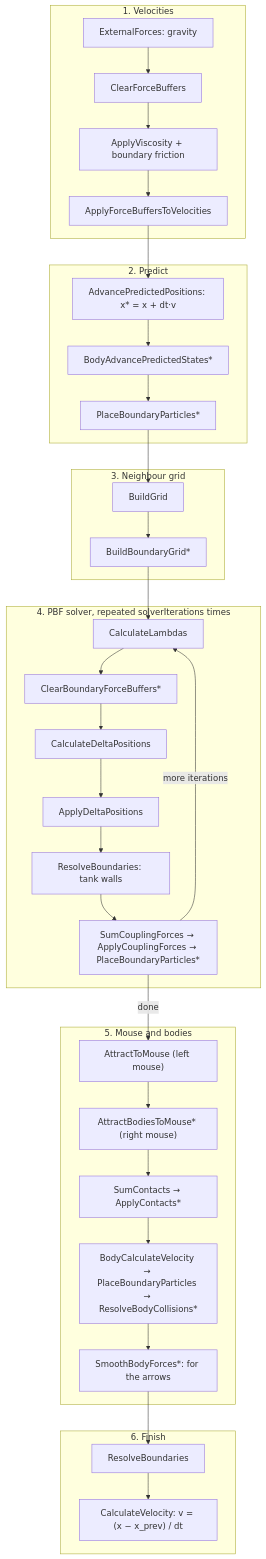
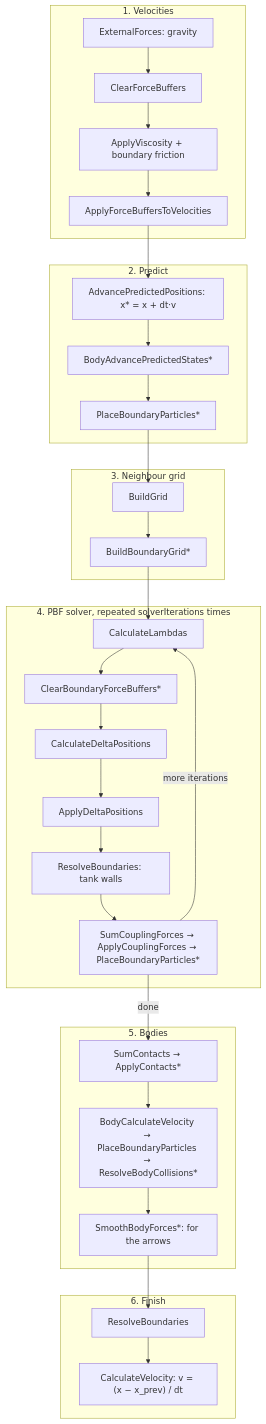
One commit to Wania8462/Physics-fluid-practicals-simulation changed the second of 4 diagrams in docs/ARCHITECTURE.md. Above: the diagram before and after it, drawn with Mermaid. The commit also changed other lines of this file and 13 other files, not shown here.

Commit message:
Added moving the bodies with the mouse

````diff
--- a/docs/ARCHITECTURE.md
+++ b/docs/ARCHITECTURE.md
@@ -63,43 +63,41 @@
 ```mermaid
 flowchart TD
     subgraph V["1. Velocities"]
         EF["ExternalForces: gravity"] --> CFB["ClearForceBuffers"]
         CFB --> AV["ApplyViscosity + boundary friction"]
         AV --> AFB["ApplyForceBuffersToVelocities"]
     end
 
     subgraph PR["2. Predict"]
         APP["AdvancePredictedPositions: x* = x + dt·v"] --> BAP["BodyAdvancePredictedStates*"]
         BAP --> PBP1["PlaceBoundaryParticles*"]
     end
 
     subgraph G["3. Neighbour grid"]
         BG["BuildGrid"] --> BBG["BuildBoundaryGrid*"]
     end
 
     subgraph SOL["4. PBF solver, repeated solverIterations times"]
         CL["CalculateLambdas"] --> CBF["ClearBoundaryForceBuffers*"]
         CBF --> CDP["CalculateDeltaPositions"]
         CDP --> ADP["ApplyDeltaPositions"]
         ADP --> RBD["ResolveBoundaries: tank walls"]
         RBD --> CPL["SumCouplingForces → ApplyCouplingForces → PlaceBoundaryParticles*"]
     end
 
-    subgraph BOD["5. Mouse and bodies"]
-        ATM["AttractToMouse (left mouse)"] --> ABM["AttractBodiesToMouse* (right mouse)"]
-        ABM --> CON["SumContacts → ApplyContacts*"]
-        CON --> BCV["BodyCalculateVelocity → PlaceBoundaryParticles → ResolveBodyCollisions*"]
+    subgraph BOD["5. Bodies"]
+        CON["SumContacts → ApplyContacts*"] --> BCV["BodyCalculateVelocity → PlaceBoundaryParticles → ResolveBodyCollisions*"]
         BCV --> SBF["SmoothBodyForces*: for the arrows"]
     end
 
     subgraph END["6. Finish"]
         RB2["ResolveBoundaries"] --> CV["CalculateVelocity: v = (x − x_prev) / dt"]
     end
 
     AFB --> APP
     PBP1 --> BG
     BBG --> CL
     CPL -- "more iterations" --> CL
-    CPL -- "done" --> ATM
+    CPL -- "done" --> CON
     SBF --> RB2
 ```
````
